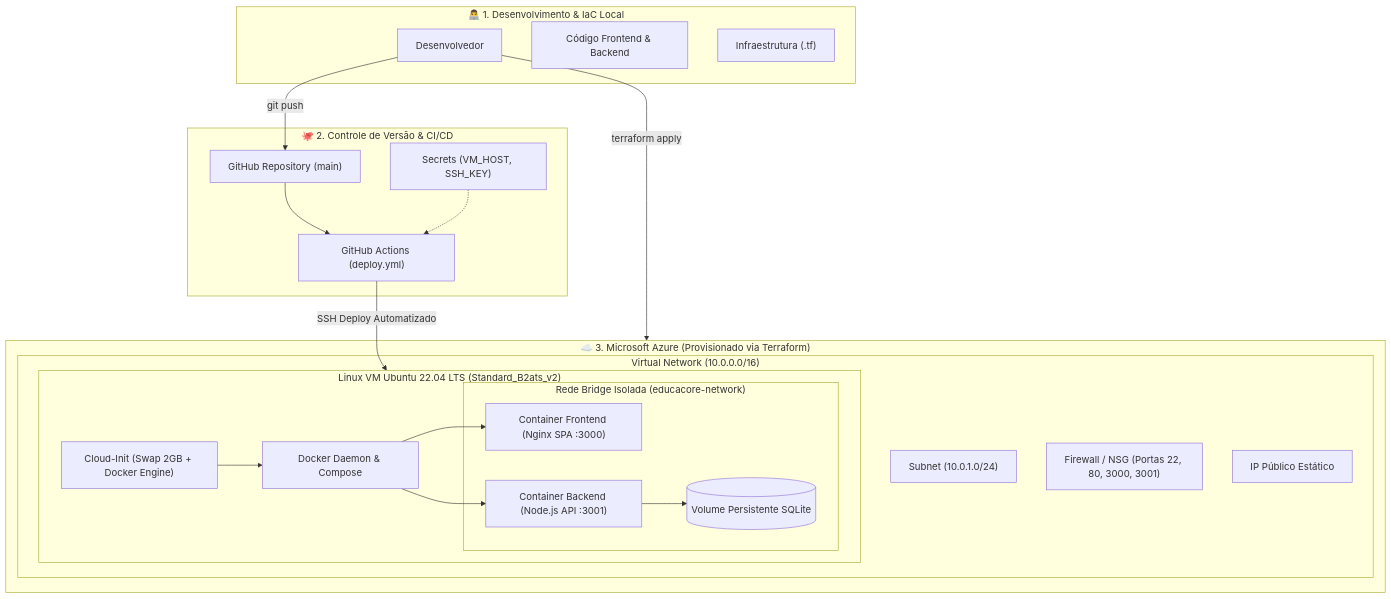
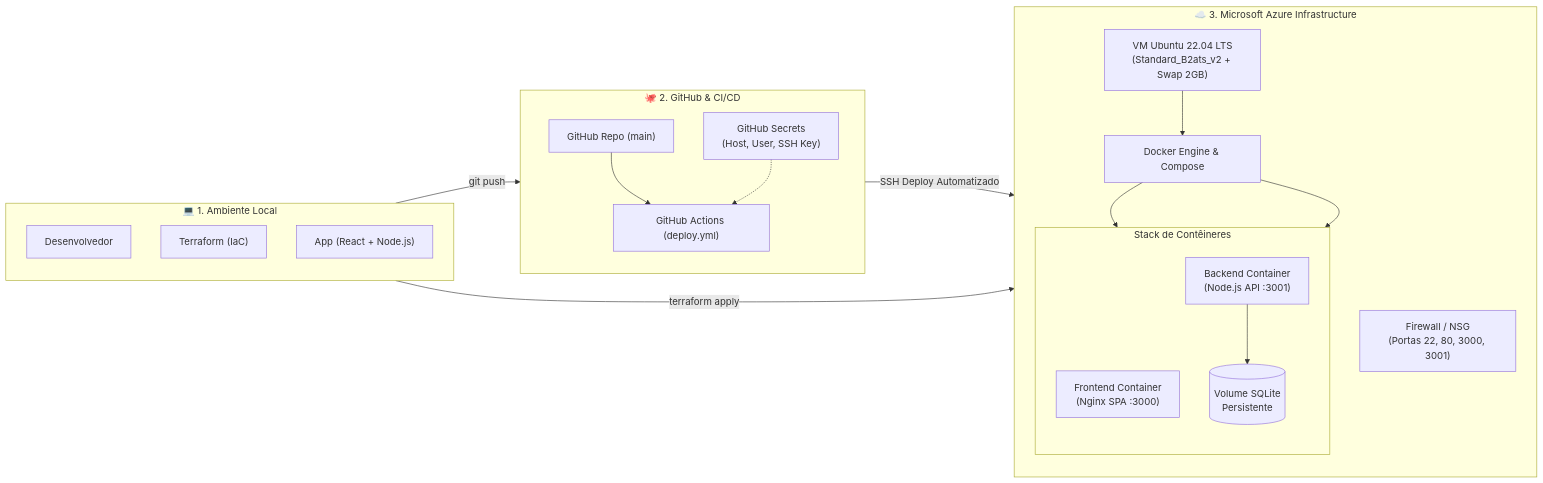
One commit to lucasmetron/system-student-with-infra changed the diagram in README.md. Above: the diagram before and after it, drawn with Mermaid.

Commit message:
docs: update system architecture diagram in README

````diff
--- a/README.md
+++ b/README.md
@@ -33,43 +33,41 @@
 ```mermaid
-flowchart TD
-    subgraph Local["👨‍💻 1. Desenvolvimento & IaC Local"]
+flowchart LR
+    subgraph Local["💻 1. Ambiente Local"]
+        direction TB
         Dev["Desenvolvedor"]
-        AppSource["Código Frontend & Backend"]
-        TFCode["Infraestrutura (.tf)"]
+        TF["Terraform (IaC)"]
+        Source["App (React + Node.js)"]
     end
 
-    subgraph GitHub["🐙 2. Controle de Versão & CI/CD"]
-        GitRepo["GitHub Repository (main)"]
-        GHActions["GitHub Actions (deploy.yml)"]
-        GHSecrets["Secrets (VM_HOST, SSH_KEY)"]
+    subgraph CI_CD["🐙 2. GitHub & CI/CD"]
+        direction TB
+        Repo["GitHub Repo (main)"]
+        GHA["GitHub Actions (deploy.yml)"]
+        Secrets["GitHub Secrets\n(Host, User, SSH Key)"]
     end
 
-    subgraph AzureCloud["☁️ 3. Microsoft Azure (Provisionado via Terraform)"]
-        subgraph VNet["Virtual Network (10.0.0.0/16)"]
-            Subnet["Subnet (10.0.1.0/24)"]
-            NSG["Firewall / NSG (Portas 22, 80, 3000, 3001)"]
-            PublicIP["IP Público Estático"]
-            
-            subgraph VM["Linux VM Ubuntu 22.04 LTS (Standard_B2ats_v2)"]
-                CloudInit["Cloud-Init (Swap 2GB + Docker Engine)"]
-                DockerDaemon["Docker Daemon & Compose"]
-                
-                subgraph DockerBridge["Rede Bridge Isolada (educacore-network)"]
-                    FrontContainer["Container Frontend (Nginx SPA :3000)"]
-                    BackContainer["Container Backend (Node.js API :3001)"]
-                    DataVol[("Volume Persistente SQLite")]
-                end
-            end
+    subgraph Azure["☁️ 3. Microsoft Azure Infrastructure"]
+        direction TB
+        NSG["Firewall / NSG\n(Portas 22, 80, 3000, 3001)"]
+        VM["VM Ubuntu 22.04 LTS\n(Standard_B2ats_v2 + Swap 2GB)"]
+        Docker["Docker Engine & Compose"]
+        
+        subgraph Containers["Stack de Contêineres"]
+            direction TB
+            Frontend["Frontend Container\n(Nginx SPA :3000)"]
+            Backend["Backend Container\n(Node.js API :3001)"]
+            DB[("Volume SQLite\nPersistente")]
         end
     end
 
-    Dev -->|git push| GitRepo
-    Dev -->|terraform apply| AzureCloud
-    GitRepo --> GHActions
-    GHSecrets -.-> GHActions
-    GHActions -->|SSH Deploy Automatizado| VM
-    CloudInit --> DockerDaemon
-    DockerDaemon --> FrontContainer
-    DockerDaemon --> BackContainer
-    BackContainer --> DataVol
+    %% Fluxos
+    Dev -->|git push| Repo
+    TF -->|terraform apply| Azure
+    Repo --> GHA
+    Secrets -.-> GHA
+    GHA -->|SSH Deploy Automatizado| VM
+    VM --> Docker
+    Docker --> Frontend
+    Docker --> Backend
+    Backend --> DB
 ```
````
